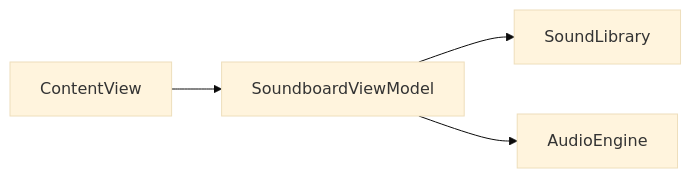
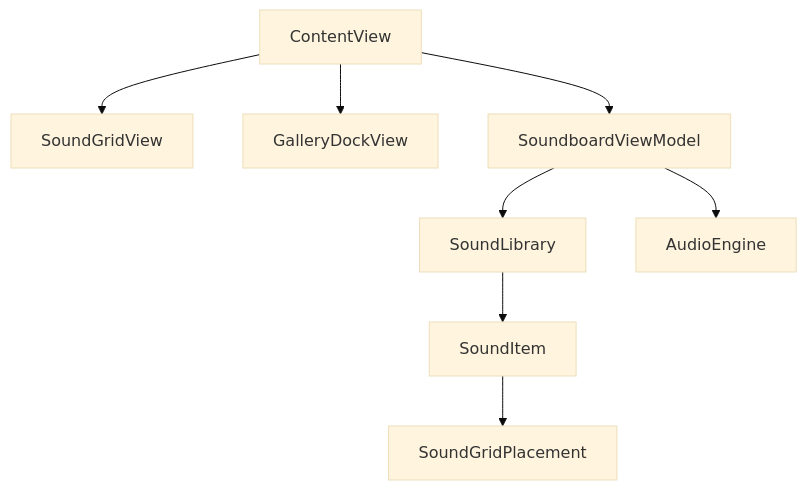
One commit to gkarasek/soundbook changed the diagram in README.md. Above: the diagram before and after it, drawn with Mermaid (base theme). The commit also changed other lines of this file, not shown here.

First line of the commit message:
docs: update README for gallery dock and 7×12 sound grid

````diff
--- a/README.md
+++ b/README.md
@@ -60,6 +65,10 @@
 ```mermaid
-flowchart LR
+flowchart TB
+    ContentView --> SoundGridView
+    ContentView --> GalleryDockView
     ContentView --> SoundboardVM[SoundboardViewModel]
     SoundboardVM --> SoundLibrary
     SoundboardVM --> AudioEngine
+    SoundLibrary --> SoundItem
+    SoundItem --> SoundGridPlacement
 ```
````
